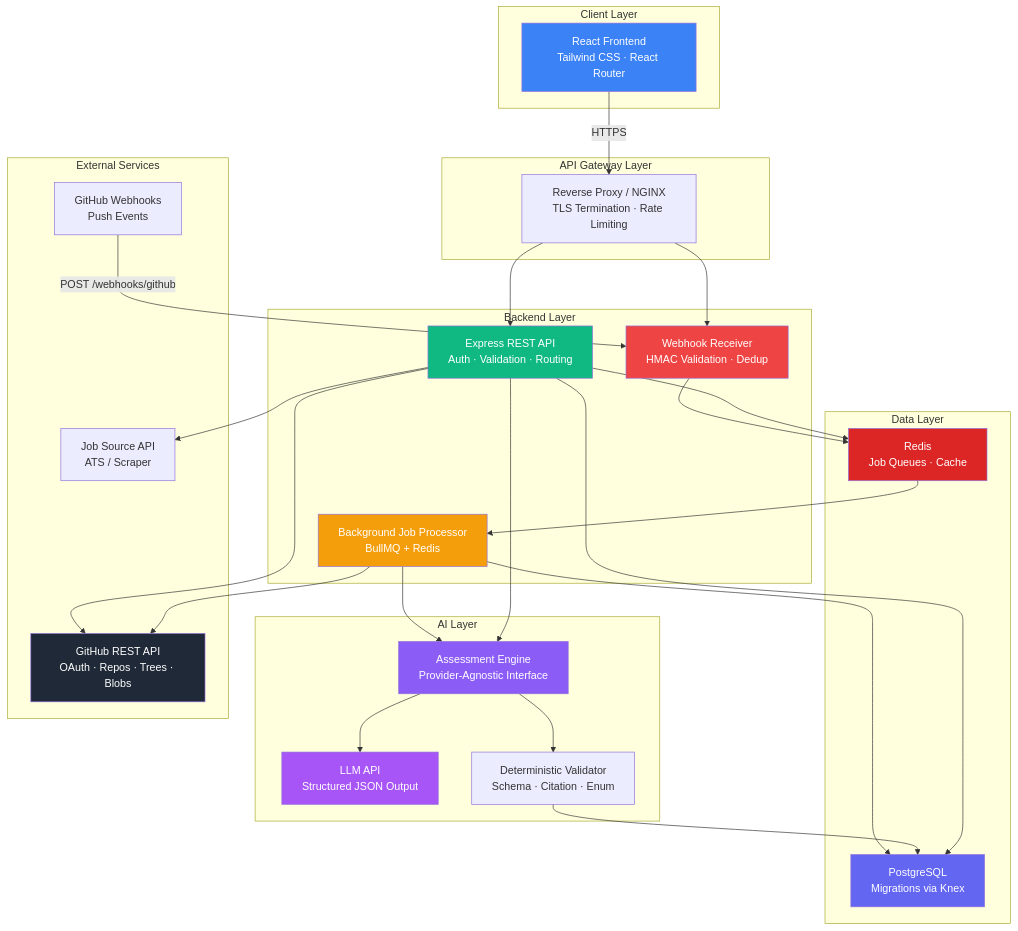
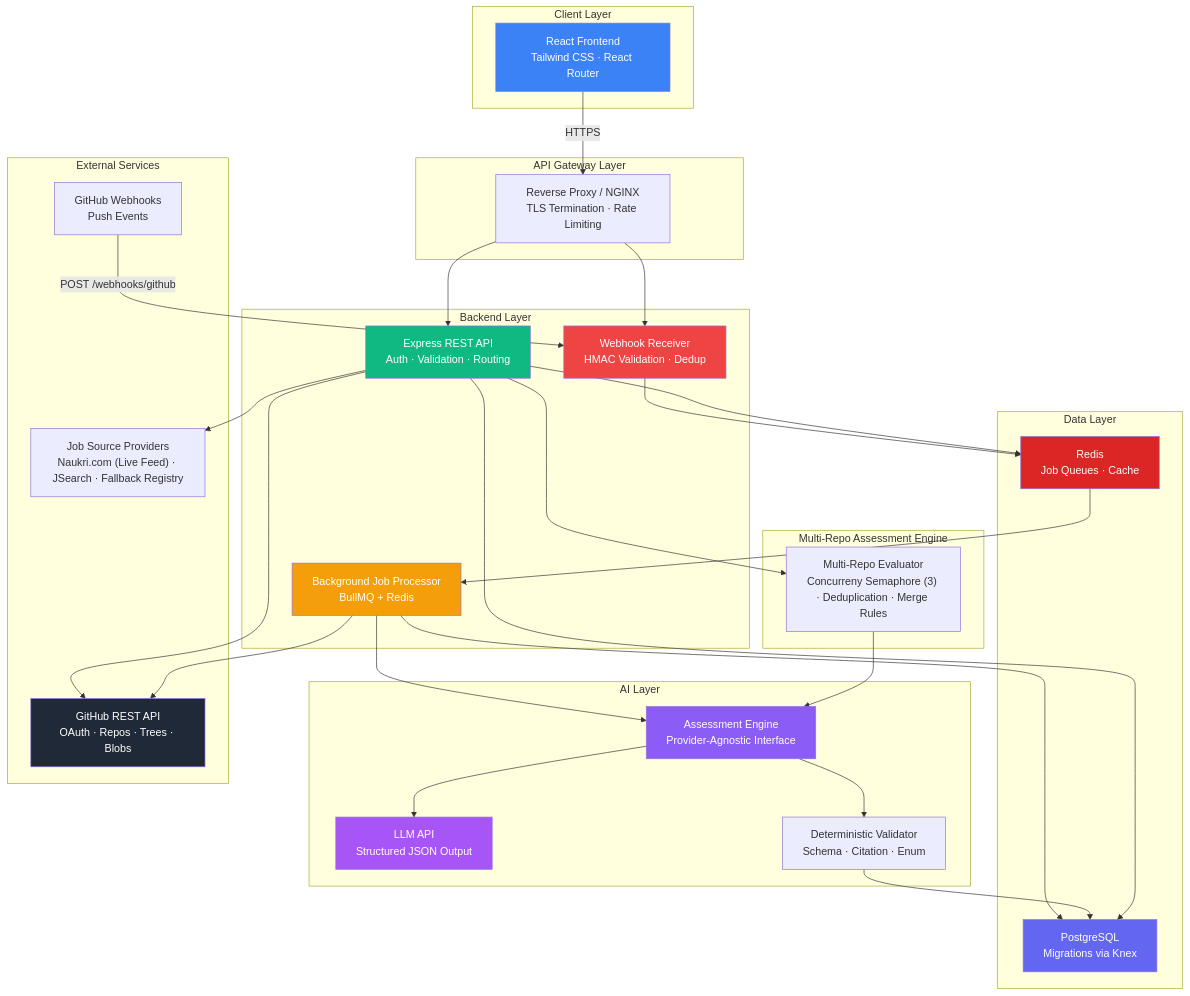
The first of 15 diagrams in ai_career_coach_architecture.md (shreyashhiray16/kurukshetra), drawn with Mermaid before and after one commit. The commit also changed other lines of this file and 31 other files, not shown here.

Commit message:
feat: complete naukri hub integration and multi-repo assessment

````diff
--- a/ai_career_coach_architecture.md
+++ b/ai_career_coach_architecture.md
@@ -11,61 +11,66 @@
 ```mermaid
 graph TB
     subgraph "Client Layer"
         FE["React Frontend<br/>Tailwind CSS · React Router"]
     end
 
     subgraph "API Gateway Layer"
         NGINX["Reverse Proxy / NGINX<br/>TLS Termination · Rate Limiting"]
     end
 
     subgraph "Backend Layer"
         API["Express REST API<br/>Auth · Validation · Routing"]
         BG["Background Job Processor<br/>BullMQ + Redis"]
         WH["Webhook Receiver<br/>HMAC Validation · Dedup"]
     end
 
     subgraph "AI Layer"
         AE["Assessment Engine<br/>Provider-Agnostic Interface"]
         LLM["LLM API<br/>Structured JSON Output"]
         VAL["Deterministic Validator<br/>Schema · Citation · Enum"]
     end
 
     subgraph "Data Layer"
         PG["PostgreSQL<br/>Migrations via Knex"]
         REDIS["Redis<br/>Job Queues · Cache"]
     end
 
     subgraph "External Services"
         GH["GitHub REST API<br/>OAuth · Repos · Trees · Blobs"]
         GHWH["GitHub Webhooks<br/>Push Events"]
-        JOB["Job Source API<br/>ATS / Scraper"]
+        JOB["Job Source Providers<br/>Naukri.com (Live Feed) · JSearch · Fallback Registry"]
+    end
+
+    subgraph "Multi-Repo Assessment Engine"
+        MRA["Multi-Repo Evaluator<br/>Concurreny Semaphore (3) · Deduplication · Merge Rules"]
     end
 
     FE -->|HTTPS| NGINX
     NGINX --> API
     NGINX --> WH
     API --> PG
     API --> REDIS
-    API --> AE
+    API --> MRA
+    MRA --> AE
     AE --> LLM
     AE --> VAL
     VAL --> PG
     BG --> PG
     BG --> GH
     BG --> AE
     WH --> REDIS
     REDIS --> BG
     API --> GH
     API --> JOB
     GHWH -->|POST /webhooks/github| WH
 
     style FE fill:#3b82f6,color:#fff
     style API fill:#10b981,color:#fff
     style BG fill:#f59e0b,color:#fff
     style WH fill:#ef4444,color:#fff
     style AE fill:#8b5cf6,color:#fff
     style PG fill:#6366f1,color:#fff
     style REDIS fill:#dc2626,color:#fff
     style GH fill:#1f2937,color:#fff
     style LLM fill:#a855f7,color:#fff
 ```
````
